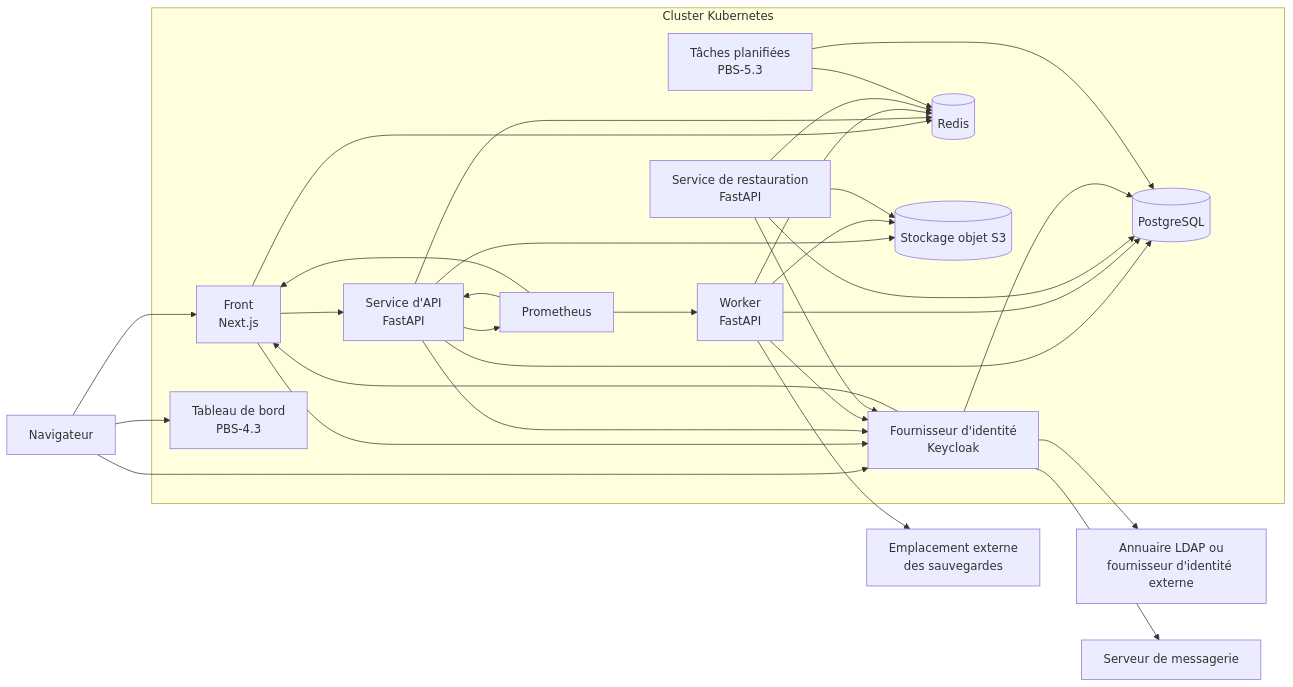
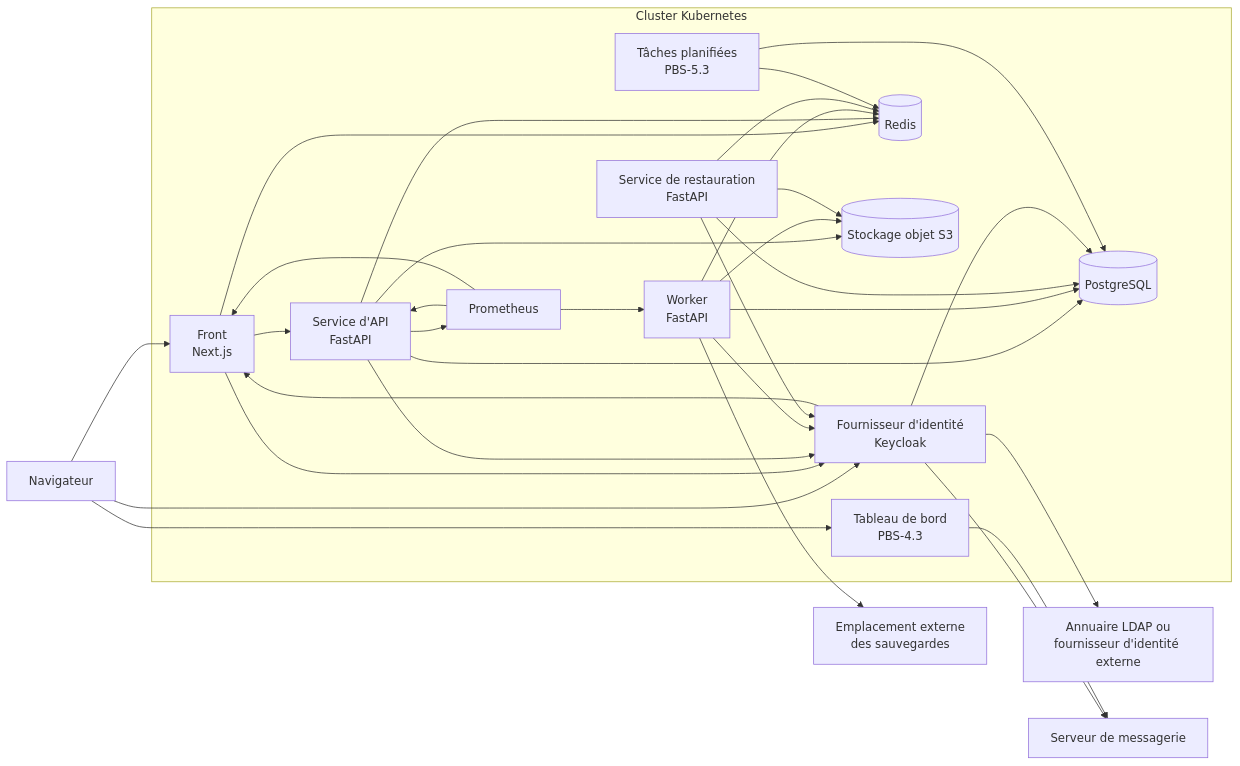
One commit to waterfall-project/wf-project changed the diagram in docs/spec/figures/deploiement.mmd. Above: the diagram before and after it, drawn with Mermaid. The commit also changed 2 other files, not shown here.

```diff
--- a/docs/spec/figures/deploiement.mmd
+++ b/docs/spec/figures/deploiement.mmd
@@ -1,47 +1,48 @@
 flowchart LR
     Navigateur["Navigateur"]
     subgraph Cluster["Cluster Kubernetes"]
         Front["Front<br>Next.js"]
         API["Service d'API<br>FastAPI"]
         Worker["Worker<br>FastAPI"]
         Restore["Service de restauration<br>FastAPI"]
         IdP["Fournisseur d'identité<br>Keycloak"]
         PG[("PostgreSQL")]
         Redis[("Redis")]
         S3[("Stockage objet S3")]
         Prometheus["Prometheus"]
         Planif["Tâches planifiées<br>PBS-5.3"]
         Dashboard["Tableau de bord<br>PBS-4.3"]
     end
     Annuaire["Annuaire LDAP ou<br>fournisseur d'identité externe"]
     SMTP["Serveur de messagerie"]
     Externe["Emplacement externe<br>des sauvegardes"]
     Navigateur --> Front
     Navigateur --> IdP
     Front --> API
     Front --> IdP
     Front --> Redis
     API --> IdP
     API --> PG
     API --> Redis
     API --> S3
     Worker --> PG
     Worker --> Redis
     Worker --> IdP
     Worker --> S3
     Restore --> PG
     Restore --> Redis
     Restore --> S3
     Restore --> IdP
     IdP --> PG
     IdP --> Annuaire
     IdP --> SMTP
+    Dashboard --> SMTP
     IdP --> Front
     Planif --> PG
     Planif --> Redis
     API --> Prometheus
     Navigateur --> Dashboard
     Worker --> Externe
     Prometheus --> API
     Prometheus --> Worker
     Prometheus --> Front
```
